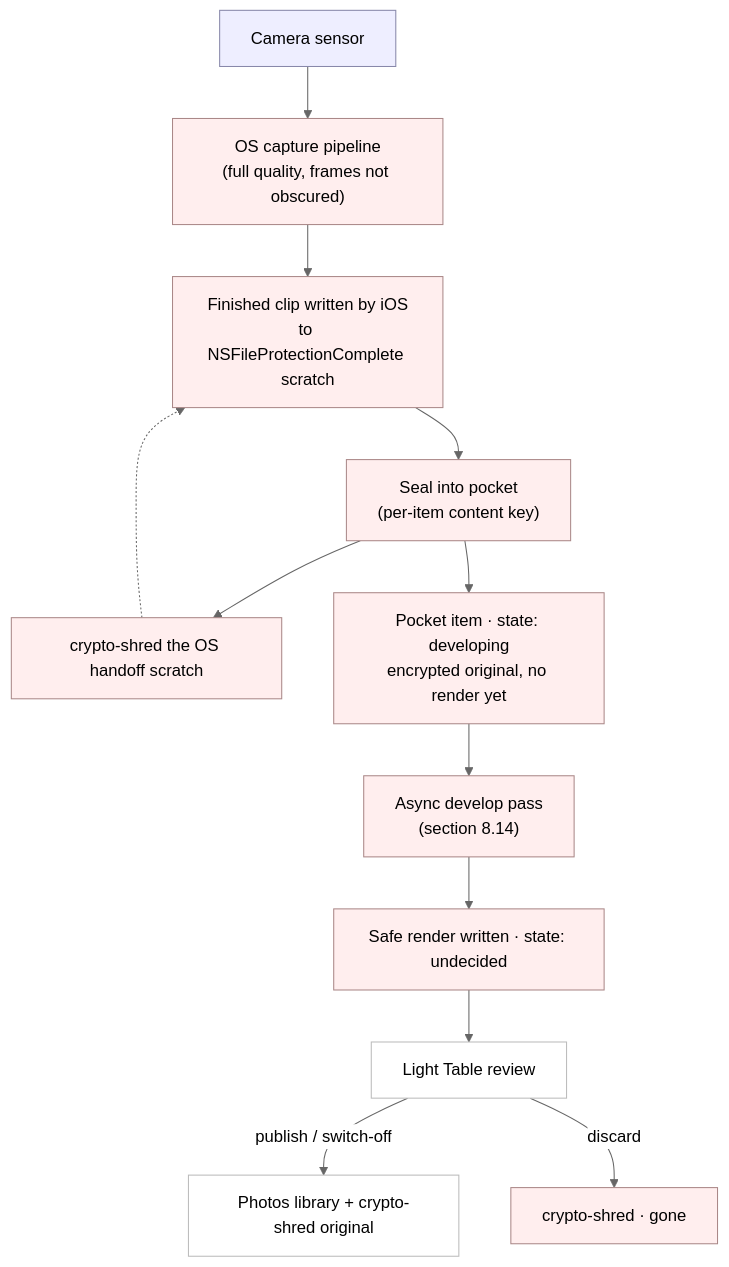
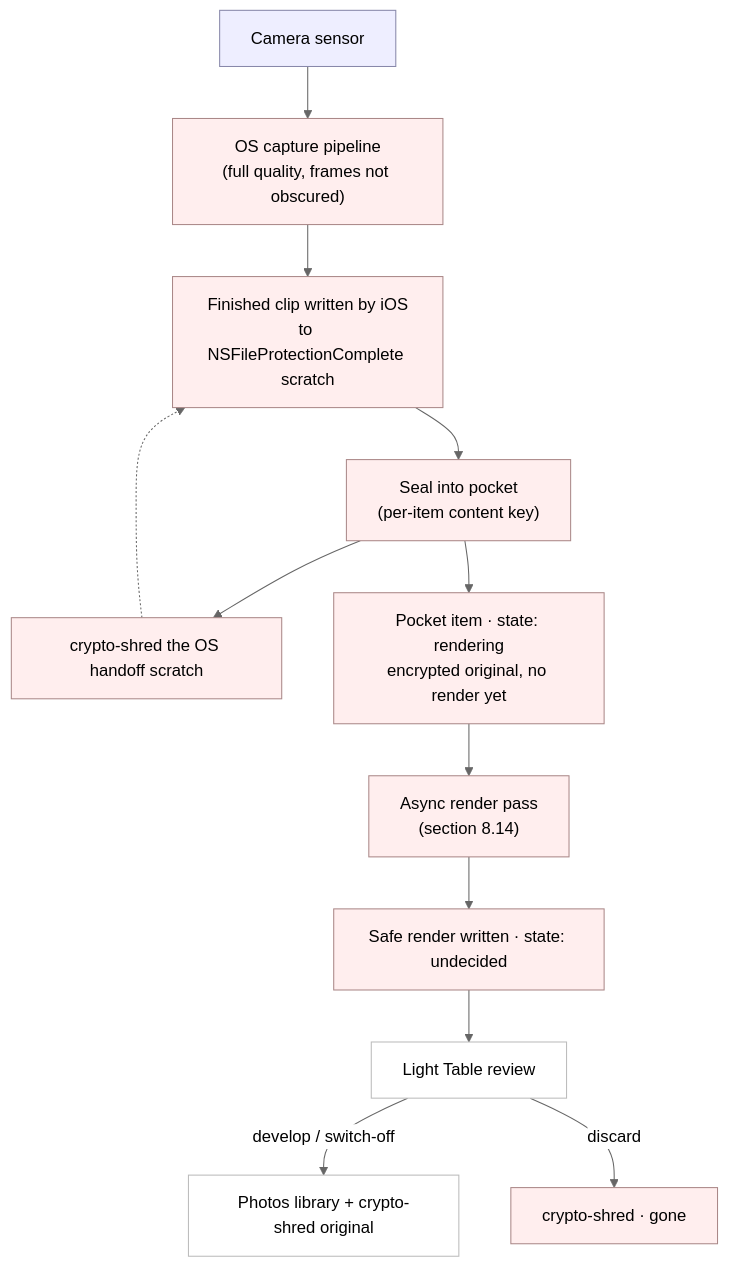
The eighth of 10 diagrams in PROTOCOL.md (carlheinmostert/myclick-protocol), drawn with Mermaid (neutral theme) before and after one commit. The commit also changed other lines of this file, not shown here.

First line of the commit message:
protocol(§8): terminology — render (on-device) vs develop (into Photos) vs publish (Stream)

````diff
--- a/PROTOCOL.md
+++ b/PROTOCOL.md
@@ -1013,21 +1013,21 @@
 ```mermaid
 flowchart TB
     S["Camera sensor"] --> OS["OS capture pipeline<br/>(full quality, frames not obscured)"]
     OS --> H["Finished clip written by iOS<br/>to NSFileProtectionComplete scratch"]
     H --> SEAL["Seal into pocket<br/>(per-item content key)"]
     SEAL --> SH["crypto-shred the OS handoff scratch"]
     SH -.-> H
-    SEAL --> POC["Pocket item · state: developing<br/>encrypted original, no render yet"]
-    POC --> DEV["Async develop pass<br/>(section 8.14)"]
+    SEAL --> POC["Pocket item · state: rendering<br/>encrypted original, no render yet"]
+    POC --> DEV["Async render pass<br/>(section 8.14)"]
     DEV --> REN["Safe render written · state: undecided"]
     REN --> LT["Light Table review"]
-    LT -->|publish / switch-off| PUB["Photos library + crypto-shred original"]
+    LT -->|develop / switch-off| PUB["Photos library + crypto-shred original"]
     LT -->|discard| DISC["crypto-shred · gone"]
 
     classDef mem fill:#eef,stroke:#88a,color:#000;
     classDef disk fill:#fee,stroke:#a88,color:#000;
     classDef plain fill:#fff,stroke:#bbb,color:#000;
     class S mem;
     class OS,H,SEAL,SH,POC,DEV,REN,DISC disk;
     class LT,PUB plain;
 ```
````
